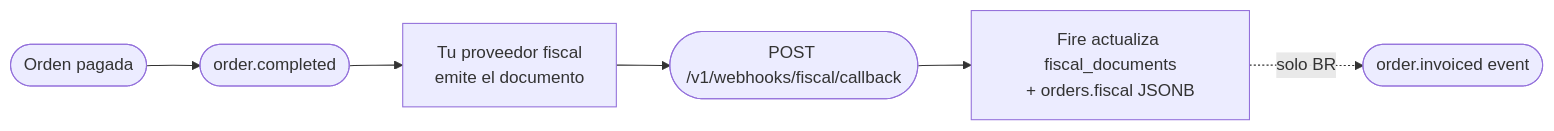
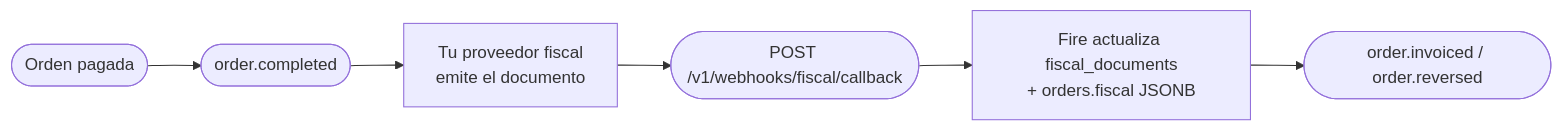
Before and after one commit to fire-rest/documentation: the diagram in es/api-reference/fiscal-callback.mdx, drawn with Mermaid. The commit also changed other lines of this file and 26 other files, not shown here.

First line of the commit message:
docs(events)!: bloque fiscal estructurado — order.invoiced v2, order.cancelled v3, order.reversed v3

````diff
--- a/es/api-reference/fiscal-callback.mdx
+++ b/es/api-reference/fiscal-callback.mdx
@@ -18,8 +18,8 @@
 ```mermaid
 flowchart LR
     A([Orden pagada]) --> B([order.completed])
     B --> C[Tu proveedor fiscal<br/>emite el documento]
     C --> D([POST /v1/webhooks/fiscal/callback])
     D --> E[Fire actualiza fiscal_documents<br/>+ orders.fiscal JSONB]
-    E -. solo BR .-> F([order.invoiced event])
+    E --> F([order.invoiced / order.reversed])
 ```
````
